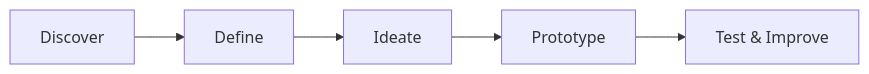
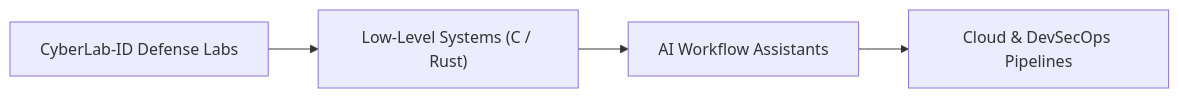
One commit to ruchels/ruchels changed the diagram in README.md. Above: the diagram before and after it, drawn with Mermaid. The commit also changed other lines of this file and 8 other files, not shown here.

````diff
--- a/README.md
+++ b/README.md
@@ -75,7 +181,6 @@
 ```mermaid
 flowchart LR
-    A[Discover] --> B[Define]
-    B --> C[Ideate]
-    C --> D[Prototype]
-    D --> E[Test & Improve]
+    A["CyberLab-ID Defense Labs"] --> B["Low-Level Systems (C / Rust)"]
+    B --> C["AI Workflow Assistants"]
+    C --> D["Cloud & DevSecOps Pipelines"]
 ```
````
